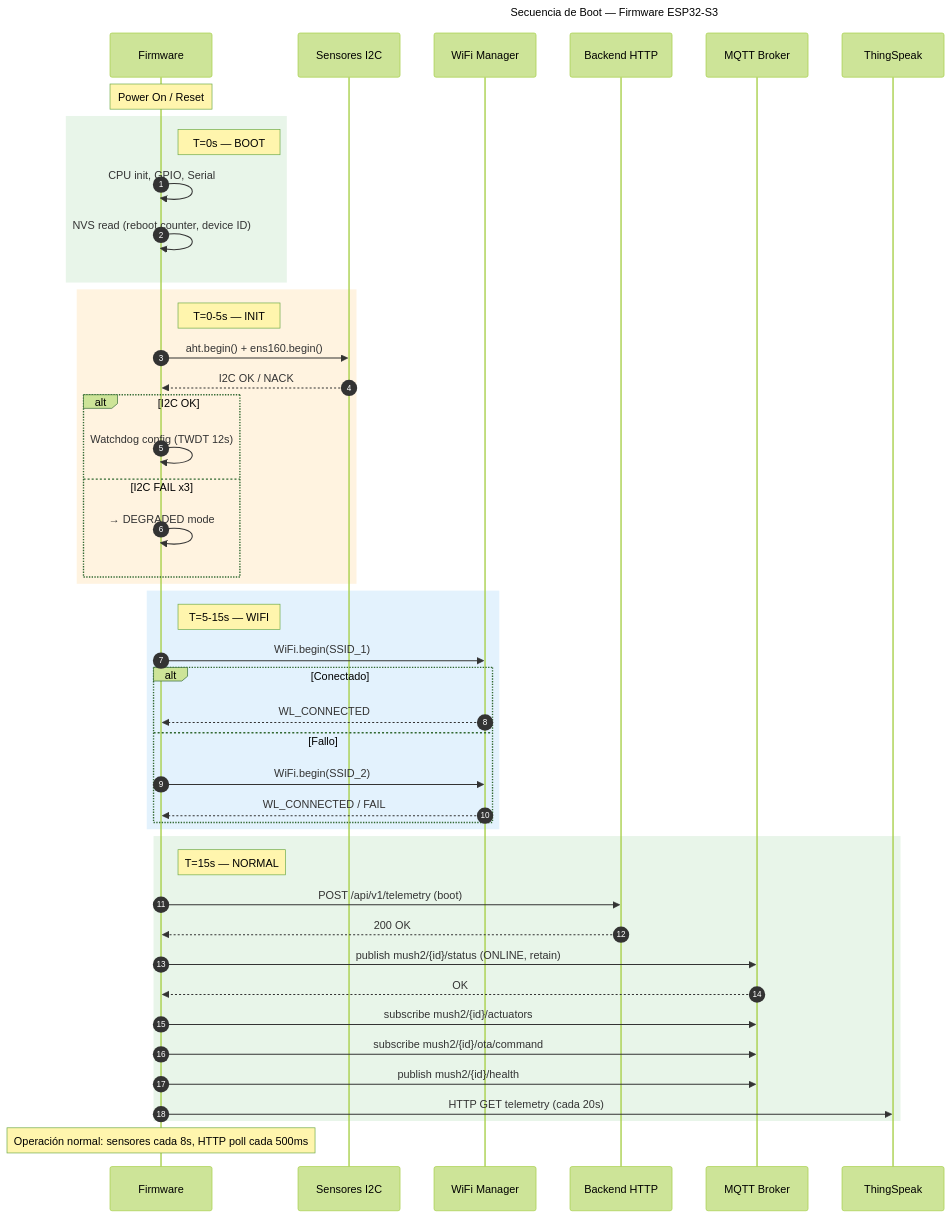
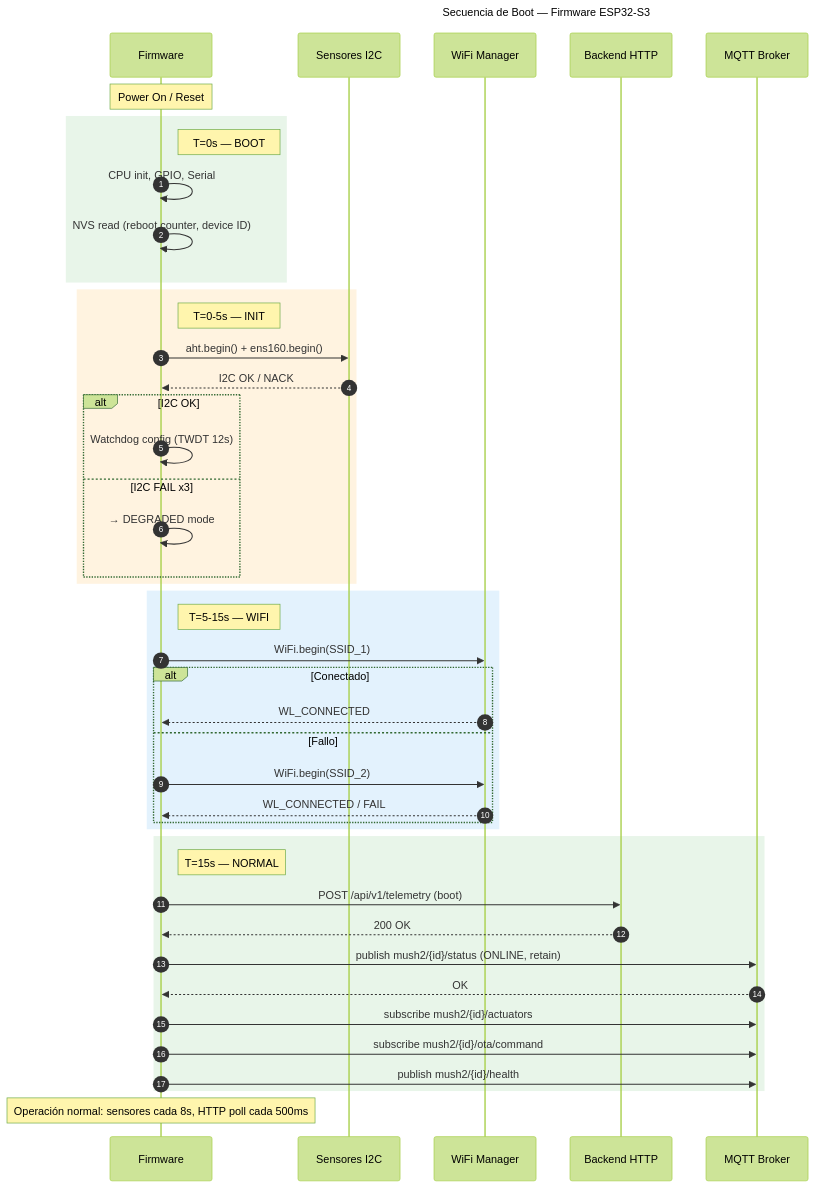
The diagram in docs/diagrams/sequence-boot.mmd (AlejandroMaturana/mush2), drawn with Mermaid (forest theme) before and after one commit. The commit also changed 55 other files, not shown here.

Commit message:
feat(thingspeak): deprecar canal ThingSpeak, MQTT canónico (PR-G, DECISION-012) — I051/I023 SUPERSEDED, avance I050

```diff
--- a/docs/diagrams/sequence-boot.mmd
+++ b/docs/diagrams/sequence-boot.mmd
@@ -1,55 +1,53 @@
 ---
 title: Secuencia de Boot — Firmware ESP32-S3
 ---
 sequenceDiagram
     autonumber
     participant FW as Firmware
     participant I2C as Sensores I2C
     participant WIFI as WiFi Manager
     participant HTTP as Backend HTTP
     participant MQTT as MQTT Broker
-    participant TS as ThingSpeak
 
     Note over FW: Power On / Reset
 
     rect rgb(232, 245, 233)
         Note right of FW: T=0s — BOOT
         FW->>FW: CPU init, GPIO, Serial
         FW->>FW: NVS read (reboot counter, device ID)
     end
 
     rect rgb(255, 243, 224)
         Note right of FW: T=0-5s — INIT
         FW->>I2C: aht.begin() + ens160.begin()
         I2C-->>FW: I2C OK / NACK
         alt I2C OK
             FW->>FW: Watchdog config (TWDT 12s)
         else I2C FAIL x3
             FW->>FW: → DEGRADED mode
         end
     end
 
     rect rgb(227, 242, 253)
         Note right of FW: T=5-15s — WIFI
         FW->>WIFI: WiFi.begin(SSID_1)
         alt Conectado
             WIFI-->>FW: WL_CONNECTED
         else Fallo
             FW->>WIFI: WiFi.begin(SSID_2)
             WIFI-->>FW: WL_CONNECTED / FAIL
         end
     end
 
     rect rgb(232, 245, 233)
         Note right of FW: T=15s — NORMAL
         FW->>HTTP: POST /api/v1/telemetry (boot)
         HTTP-->>FW: 200 OK
         FW->>MQTT: publish mush2/{id}/status (ONLINE, retain)
         MQTT-->>FW: OK
         FW->>MQTT: subscribe mush2/{id}/actuators
         FW->>MQTT: subscribe mush2/{id}/ota/command
         FW->>MQTT: publish mush2/{id}/health
-        FW->>TS: HTTP GET telemetry (cada 20s)
     end
 
     Note over FW: Operación normal: sensores cada 8s, HTTP poll cada 500ms
```
